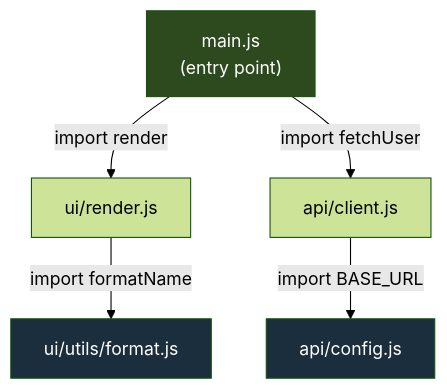
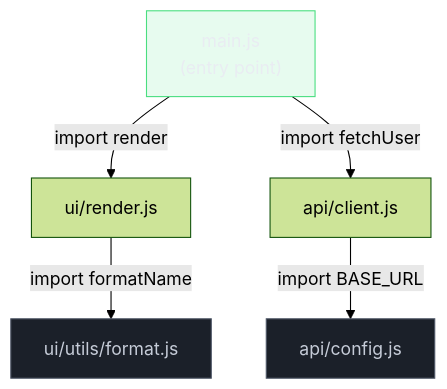
The first of 10 diagrams in 03-Dominios/Tecnologia/Tooling e Build/07 - O grafo de módulos e o que é bundling.md (josenaldo/codex-technomanticus), drawn with Mermaid (forest theme) before and after one commit. The commit also changed other lines of this file and 1181 other files, not shown here.

First line of the commit message:
fix(diagramas): paleta do sistema no lugar de cor cravada no markdown

````diff
--- a/03-Dominios/Tecnologia/Tooling e Build/07 - O grafo de módulos e o que é bundling.md
+++ b/03-Dominios/Tecnologia/Tooling e Build/07 - O grafo de módulos e o que é bundling.md
@@ -111,17 +111,19 @@
 ```mermaid
 graph TD
+    classDef ok fill:#4ADE8021,stroke:#4ADE80,color:#E9ECF2
+    classDef neutro fill:#1B2029,stroke:#4E5666,color:#C6CCD8
     MAIN["main.js\n(entry point)"]
     RENDER["ui/render.js"]
     CLIENT["api/client.js"]
     FORMAT["ui/utils/format.js"]
     CONFIG["api/config.js"]
 
     MAIN -->|"import render"| RENDER
     MAIN -->|"import fetchUser"| CLIENT
     RENDER -->|"import formatName"| FORMAT
     CLIENT -->|"import BASE_URL"| CONFIG
 
-    style MAIN fill:#2d4a1e,color:#fff
-    style FORMAT fill:#1a2e3d,color:#fff
-    style CONFIG fill:#1a2e3d,color:#fff
+    class MAIN ok
+    class FORMAT neutro
+    class CONFIG neutro
 ```
````
